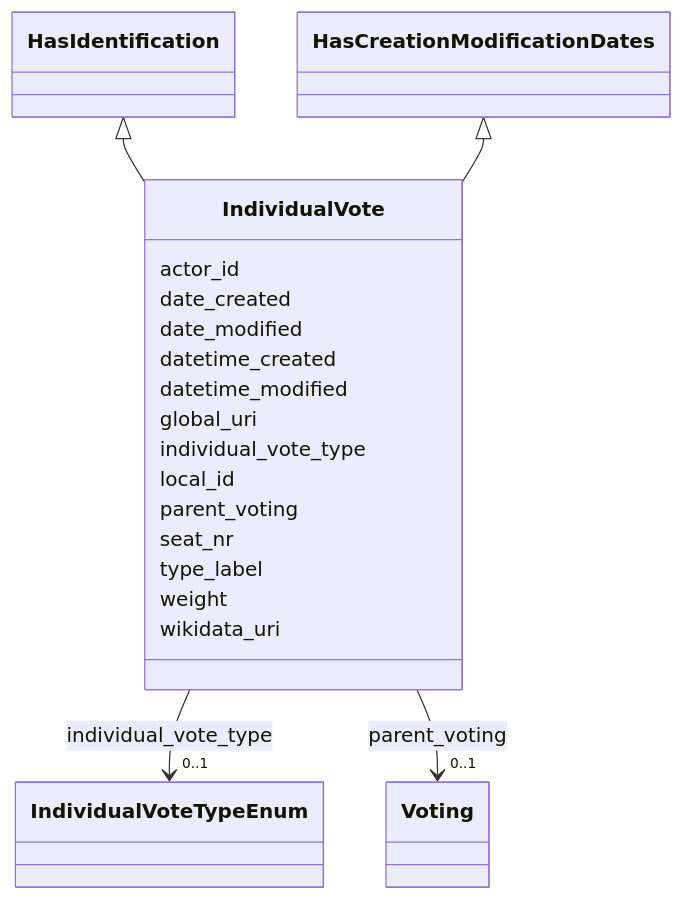
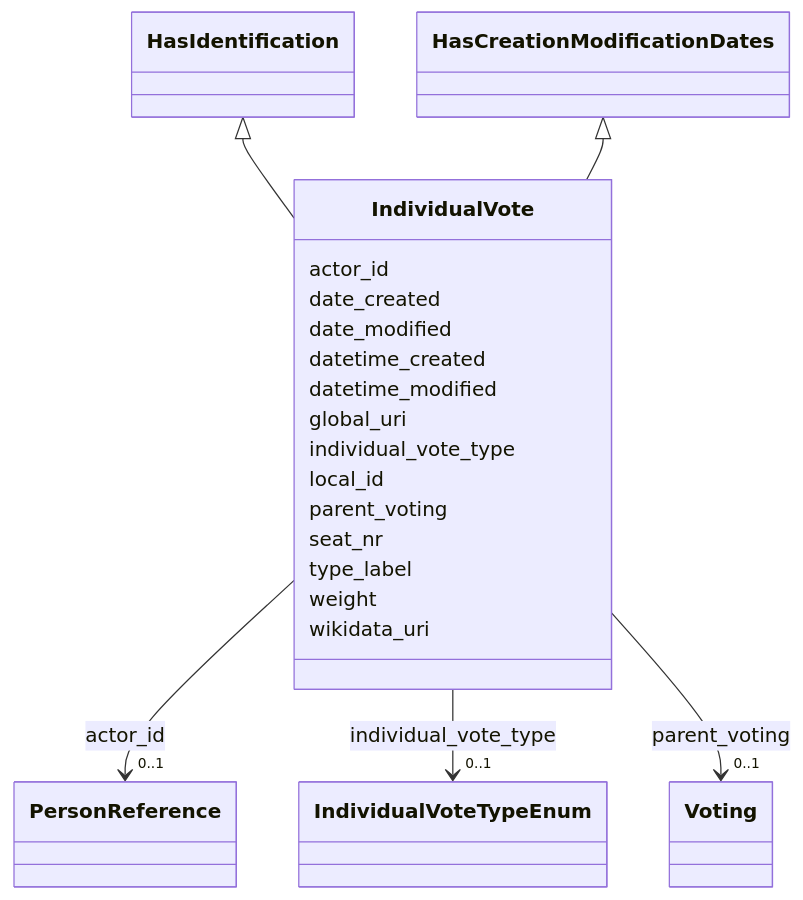
One commit to swiss/political-affairs-ech-group changed the tenth of 15 diagrams in ech-0293_operations/output/documentation_merged.md. Above: the diagram before and after it, drawn with Mermaid. The commit also changed other lines of this file and 27 other files, not shown here.

````diff
--- a/ech-0293_operations/output/documentation_merged.md
+++ b/ech-0293_operations/output/documentation_merged.md
@@ -6385,55 +6547,64 @@
 ```mermaid
  classDiagram
     class IndividualVote
     click IndividualVote href "../IndividualVote/"
       HasIdentification <|-- IndividualVote
         click HasIdentification href "../HasIdentification/"
       HasCreationModificationDates <|-- IndividualVote
         click HasCreationModificationDates href "../HasCreationModificationDates/"
       
       IndividualVote : actor_id
+        
+          
+    
+        
+        
+        IndividualVote --> "0..1" PersonReference : actor_id
+        click PersonReference href "../PersonReference/"
+    
+
         
       IndividualVote : date_created
         
       IndividualVote : date_modified
         
       IndividualVote : datetime_created
         
       IndividualVote : datetime_modified
         
       IndividualVote : global_uri
         
       IndividualVote : individual_vote_type
         
           
     
         
         
         IndividualVote --> "0..1" IndividualVoteTypeEnum : individual_vote_type
         click IndividualVoteTypeEnum href "../IndividualVoteTypeEnum/"
     
 
         
       IndividualVote : local_id
         
       IndividualVote : parent_voting
         
           
     
         
         
         IndividualVote --> "0..1" Voting : parent_voting
         click Voting href "../Voting/"
     
 
         
       IndividualVote : seat_nr
         
       IndividualVote : type_label
         
       IndividualVote : weight
         
       IndividualVote : wikidata_uri
         
       
 ```
````
